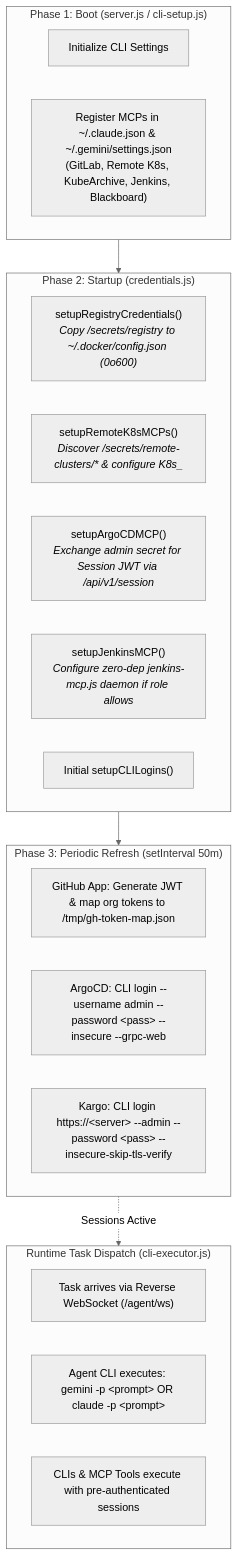
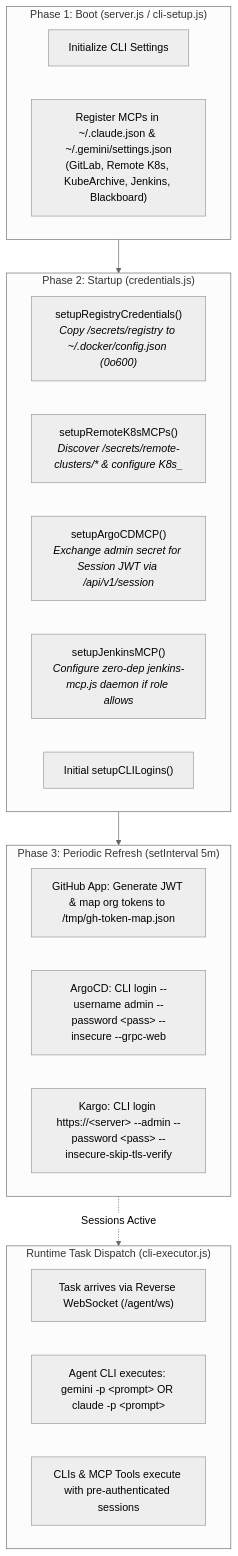
Before and after one commit to The-Darwin-Project/Blackboard: the diagram in docs/README.md, drawn with Mermaid (neutral theme). The commit also changed other lines of this file and 3 other files, not shown here.

First line of the commit message:
docs: fix accuracy issues from code review (refresh interval, MCP packages, secret keys)

````diff
--- a/docs/README.md
+++ b/docs/README.md
@@ -28,30 +28,30 @@
 ```mermaid
 flowchart TD
     subgraph Boot ["Phase 1: Boot (server.js / cli-setup.js)"]
         B1["Initialize CLI Settings"]
         B2["Register MCPs in ~/.claude.json & ~/.gemini/settings.json<br/>(GitLab, Remote K8s, KubeArchive, Jenkins, Blackboard)"]
     end
 
     subgraph Startup ["Phase 2: Startup (credentials.js)"]
         S1["setupRegistryCredentials()<br/><i>Copy /secrets/registry to ~/.docker/config.json (0o600)</i>"]
         S2["setupRemoteK8sMCPs()<br/><i>Discover /secrets/remote-clusters/* & configure K8s_<name></i>"]
         S3["setupArgoCDMCP()<br/><i>Exchange admin secret for Session JWT via /api/v1/session</i>"]
         S4["setupJenkinsMCP()<br/><i>Configure zero-dep jenkins-mcp.js daemon if role allows</i>"]
         S5["Initial setupCLILogins()"]
     end
 
-    subgraph Background ["Phase 3: Periodic Refresh (setInterval 50m)"]
+    subgraph Background ["Phase 3: Periodic Refresh (setInterval 5m)"]
         R1["GitHub App: Generate JWT & map org tokens to /tmp/gh-token-map.json"]
         R2["ArgoCD: CLI login --username admin --password &lt;pass&gt; --insecure --grpc-web"]
         R3["Kargo: CLI login https://&lt;server&gt; --admin --password &lt;pass&gt; --insecure-skip-tls-verify"]
     end
 
     subgraph Dispatch ["Runtime Task Dispatch (cli-executor.js)"]
         T1["Task arrives via Reverse WebSocket (/agent/ws)"]
         T2["Agent CLI executes: gemini -p &lt;prompt&gt; OR claude -p &lt;prompt&gt;"]
         T3["CLIs & MCP Tools execute with pre-authenticated sessions"]
     end
 
     Boot --> Startup --> Background
     Background -.->|Sessions Active| Dispatch
 ```
````
